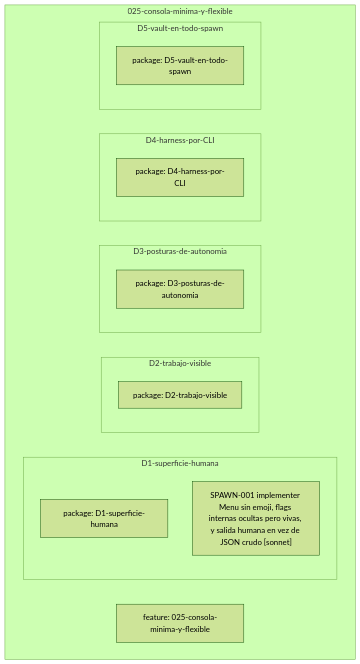
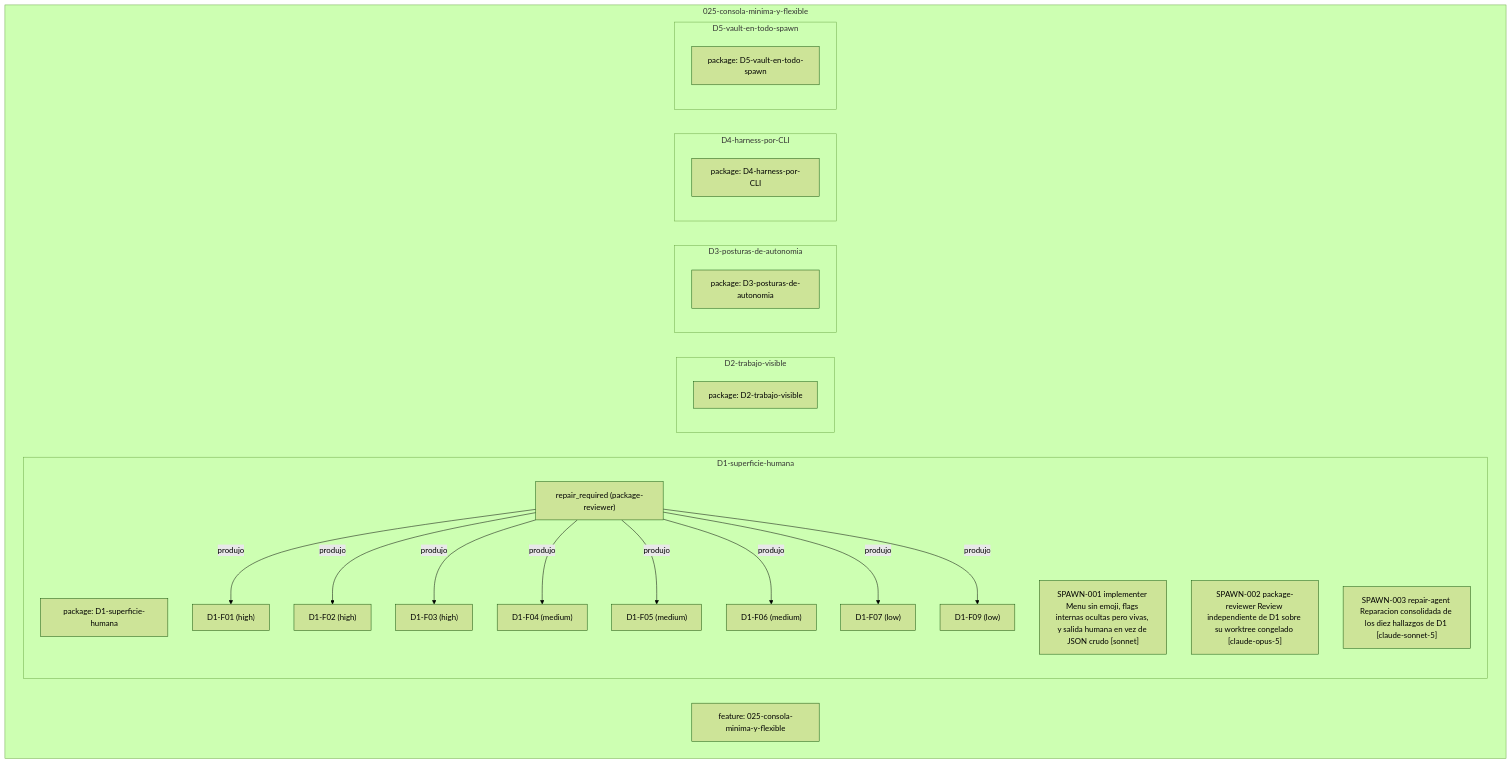
One commit to federico0330/set-agents changed the diagram in docs/notas/features/025-consola-minima-y-flexible/grafo.md. Above: the diagram before and after it, drawn with Mermaid (forest theme). The commit also changed 18 other files, not shown here.

````diff
--- a/docs/notas/features/025-consola-minima-y-flexible/grafo.md
+++ b/docs/notas/features/025-consola-minima-y-flexible/grafo.md
@@ -4,22 +4,41 @@
 ```mermaid
 flowchart TD
 subgraph sg_025_consola_minima_y_flexible["025-consola-minima-y-flexible"]
   feature_025_consola_minima_y_flexible_1["feature: 025-consola-minima-y-flexible"]
   subgraph sg_025_consola_minima_y_flexible_d1_superficie_humana["D1-superficie-humana"]
     package_025_consola_minima_y_flexible_d1_superficie_humana_1["package: D1-superficie-humana"]
+    finding_025_consola_minima_y_flexible_d1_superficie_humana_1["D1-F01 #40;high#41;"]
+    finding_025_consola_minima_y_flexible_d1_superficie_humana_2["D1-F02 #40;high#41;"]
+    finding_025_consola_minima_y_flexible_d1_superficie_humana_3["D1-F03 #40;high#41;"]
+    finding_025_consola_minima_y_flexible_d1_superficie_humana_4["D1-F04 #40;medium#41;"]
+    finding_025_consola_minima_y_flexible_d1_superficie_humana_5["D1-F05 #40;medium#41;"]
+    finding_025_consola_minima_y_flexible_d1_superficie_humana_6["D1-F06 #40;medium#41;"]
+    finding_025_consola_minima_y_flexible_d1_superficie_humana_7["D1-F07 #40;low#41;"]
+    finding_025_consola_minima_y_flexible_d1_superficie_humana_8["D1-F09 #40;low#41;"]
+    review_025_consola_minima_y_flexible_d1_superficie_humana_1["repair_required #40;package-reviewer#41;"]
     spawn_025_consola_minima_y_flexible_d1_superficie_humana_1["SPAWN-001 implementer Menu sin emoji, flags internas ocultas pero vivas, y salida humana en vez de JSON crudo #91;sonnet#93;"]
+    spawn_025_consola_minima_y_flexible_d1_superficie_humana_2["SPAWN-002 package-reviewer Review independiente de D1 sobre su worktree congelado #91;claude-opus-5#93;"]
+    spawn_025_consola_minima_y_flexible_d1_superficie_humana_3["SPAWN-003 repair-agent Reparacion consolidada de los diez hallazgos de D1 #91;claude-sonnet-5#93;"]
   end
   subgraph sg_025_consola_minima_y_flexible_d2_trabajo_visible["D2-trabajo-visible"]
     package_025_consola_minima_y_flexible_d2_trabajo_visible_1["package: D2-trabajo-visible"]
   end
   subgraph sg_025_consola_minima_y_flexible_d3_posturas_de_autonomia["D3-posturas-de-autonomia"]
     package_025_consola_minima_y_flexible_d3_posturas_de_autonomia_1["package: D3-posturas-de-autonomia"]
   end
   subgraph sg_025_consola_minima_y_flexible_d4_harness_por_cli["D4-harness-por-CLI"]
     package_025_consola_minima_y_flexible_d4_harness_por_cli_1["package: D4-harness-por-CLI"]
   end
   subgraph sg_025_consola_minima_y_flexible_d5_vault_en_todo_spawn["D5-vault-en-todo-spawn"]
     package_025_consola_minima_y_flexible_d5_vault_en_todo_spawn_1["package: D5-vault-en-todo-spawn"]
   end
 end
+review_025_consola_minima_y_flexible_d1_superficie_humana_1 -->|produjo| finding_025_consola_minima_y_flexible_d1_superficie_humana_1
+review_025_consola_minima_y_flexible_d1_superficie_humana_1 -->|produjo| finding_025_consola_minima_y_flexible_d1_superficie_humana_2
+review_025_consola_minima_y_flexible_d1_superficie_humana_1 -->|produjo| finding_025_consola_minima_y_flexible_d1_superficie_humana_3
+review_025_consola_minima_y_flexible_d1_superficie_humana_1 -->|produjo| finding_025_consola_minima_y_flexible_d1_superficie_humana_4
+review_025_consola_minima_y_flexible_d1_superficie_humana_1 -->|produjo| finding_025_consola_minima_y_flexible_d1_superficie_humana_5
+review_025_consola_minima_y_flexible_d1_superficie_humana_1 -->|produjo| finding_025_consola_minima_y_flexible_d1_superficie_humana_6
+review_025_consola_minima_y_flexible_d1_superficie_humana_1 -->|produjo| finding_025_consola_minima_y_flexible_d1_superficie_humana_7
+review_025_consola_minima_y_flexible_d1_superficie_humana_1 -->|produjo| finding_025_consola_minima_y_flexible_d1_superficie_humana_8
 ```
````
